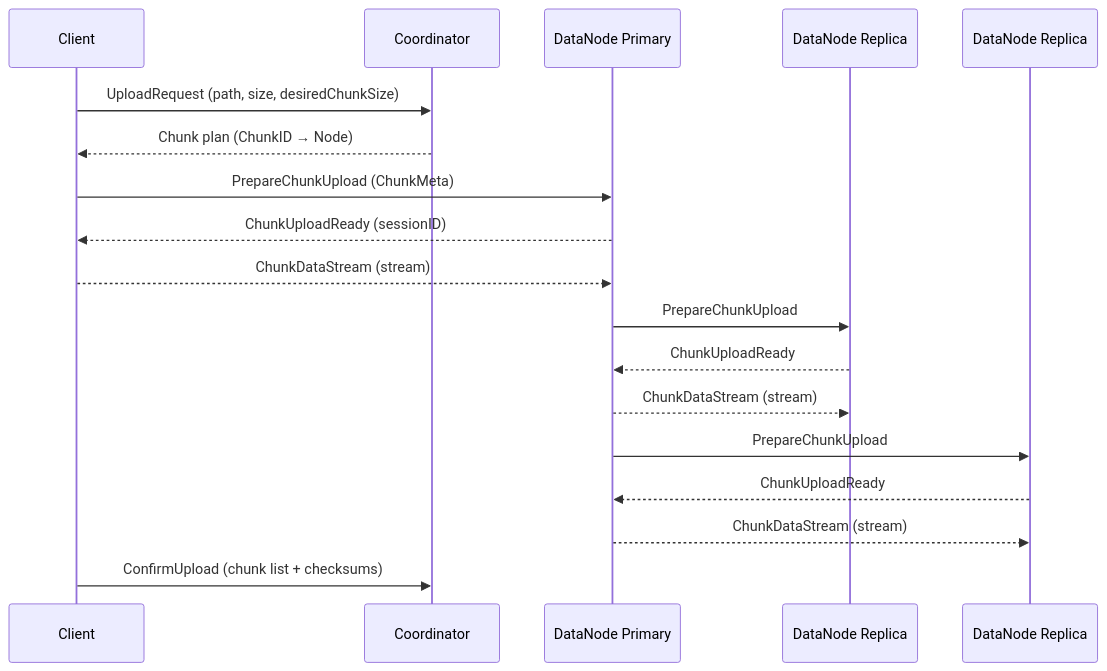
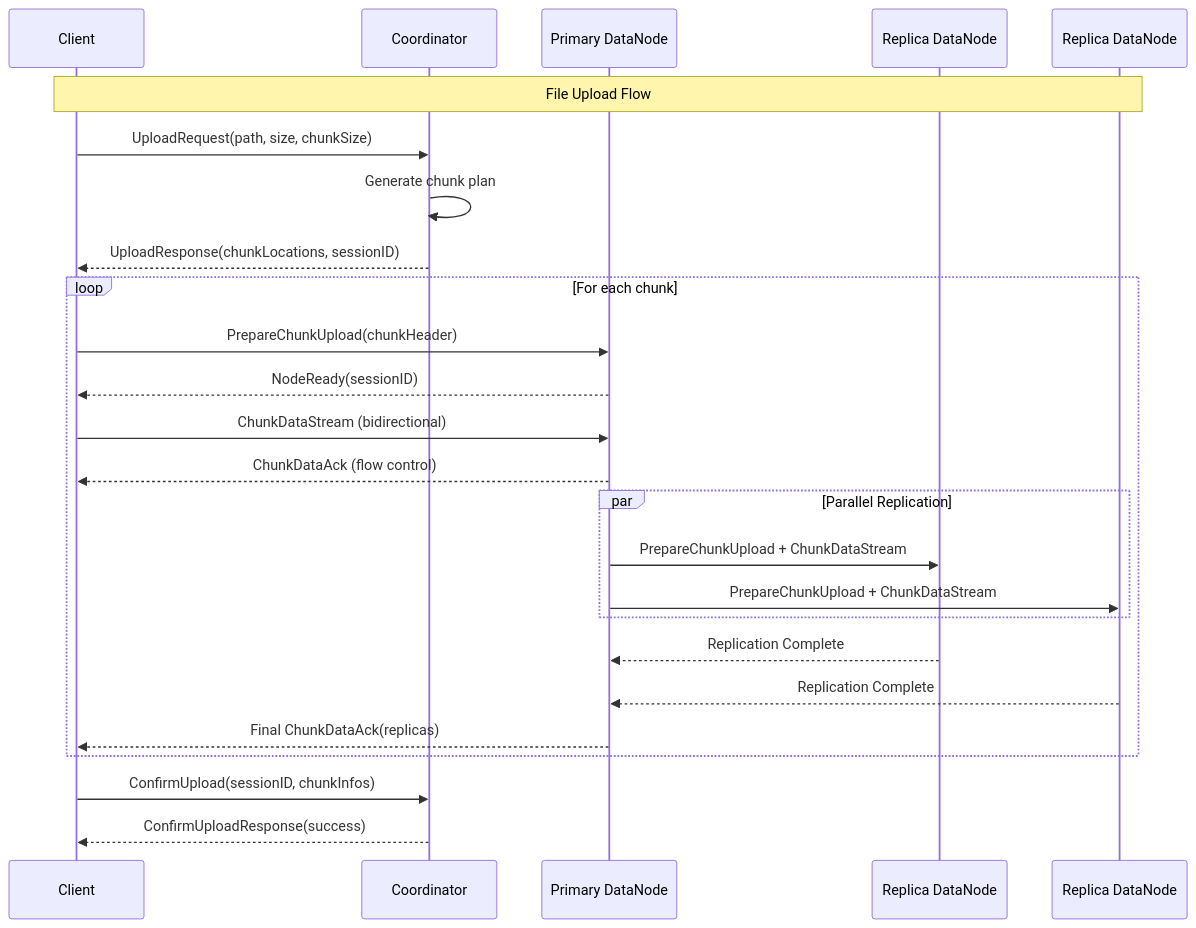
One commit to mochivi/distributed-file-system changed the second of 12 diagrams in docs/design.md. Above: the diagram before and after it, drawn with Mermaid. The commit also changed other lines of this file and 3 other files, not shown here.

````diff
--- a/docs/design.md
+++ b/docs/design.md
@@ -54,27 +76,34 @@
 ```mermaid
 sequenceDiagram
-    participant Client as Client
-    participant Coord as Coordinator
-    participant Primary as DataNode Primary
-    participant Replica1 as DataNode Replica
-    participant Replica2 as DataNode Replica
+    participant C as Client
+    participant COORD as Coordinator
+    participant DN1 as Primary DataNode
+    participant DN2 as Replica DataNode
+    participant DN3 as Replica DataNode
 
-    Client->>Coord: UploadRequest (path, size, desiredChunkSize)
-    Coord-->>Client: Chunk plan (ChunkID → Node)
+    Note over C,DN3: File Upload Flow
 
-    %% === Primary write path ===
-    Client->>Primary: PrepareChunkUpload (ChunkMeta)
-    Primary-->>Client: ChunkUploadReady (sessionID)
-    Client-->>Primary: ChunkDataStream (stream)
+    C->>COORD: UploadRequest(path, size, chunkSize)
+    COORD->>COORD: Generate chunk plan
+    COORD-->>C: UploadResponse(chunkLocations, sessionID)
 
-    %% Primary replicates (same two-phase handshake internally)
-    Primary->>Replica1: PrepareChunkUpload
-    Replica1-->>Primary: ChunkUploadReady
-    Primary-->>Replica1: ChunkDataStream (stream)
-    Primary->>Replica2: PrepareChunkUpload
-    Replica2-->>Primary: ChunkUploadReady
-    Primary-->>Replica2: ChunkDataStream (stream)
+    loop For each chunk
+        C->>DN1: PrepareChunkUpload(chunkHeader)
+        DN1-->>C: NodeReady(sessionID)
+        
+        C->>DN1: ChunkDataStream (bidirectional)
+        DN1-->>C: ChunkDataAck (flow control)
+        
+        par Parallel Replication
+            DN1->>DN2: PrepareChunkUpload + ChunkDataStream
+            DN1->>DN3: PrepareChunkUpload + ChunkDataStream
+        end
+        
+        DN2-->>DN1: Replication Complete
+        DN3-->>DN1: Replication Complete
+        DN1-->>C: Final ChunkDataAck(replicas)
+    end
 
-    %% === Commit ===
-    Client->>Coord: ConfirmUpload (chunk list + checksums)
+    C->>COORD: ConfirmUpload(sessionID, chunkInfos)
+    COORD-->>C: ConfirmUploadResponse(success)
 ```
````
